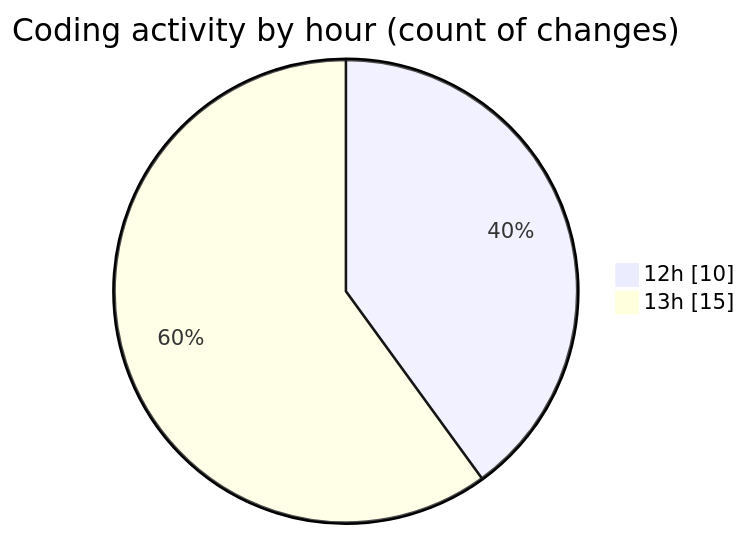
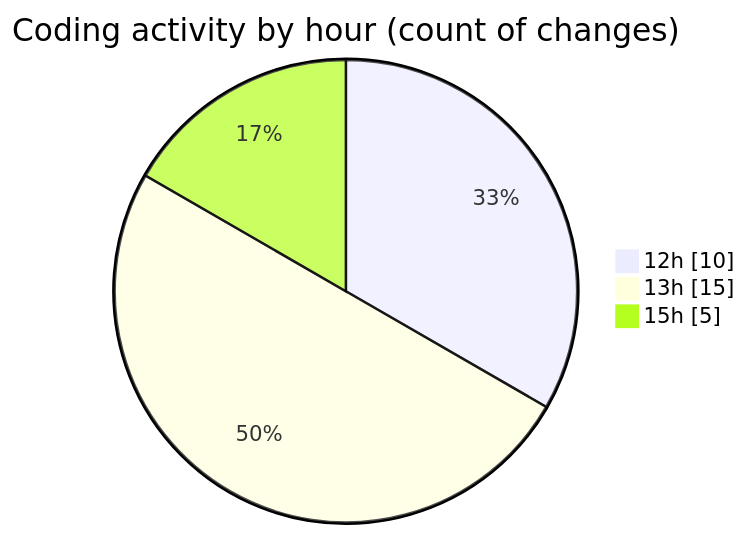
The second of 2 diagrams in 2025-05-15/argos-dev/README.md (nxtqubesakshisongat/code-tracking), drawn with Mermaid before and after one commit. The commit also changed other lines of this file and 1 other file, not shown here.

````diff
--- a/2025-05-15/argos-dev/README.md
+++ b/2025-05-15/argos-dev/README.md
@@ -31,6 +33,7 @@
 ```mermaid
 pie showData
 title Coding activity by hour (count of changes)
 "12h" : 10
 "13h" : 15
+"15h" : 5
 ```
````
